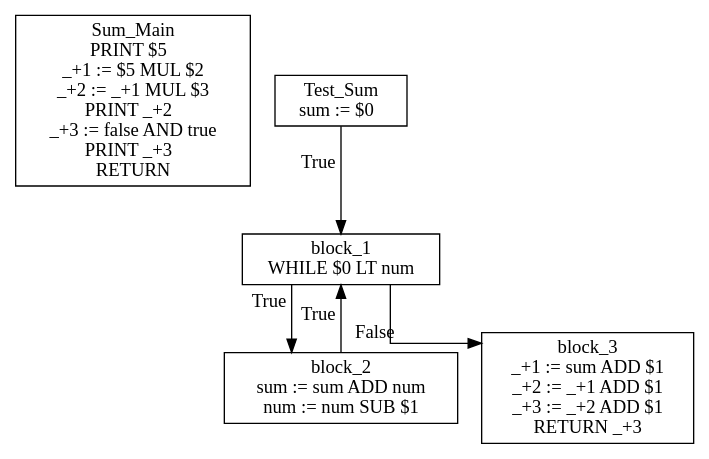
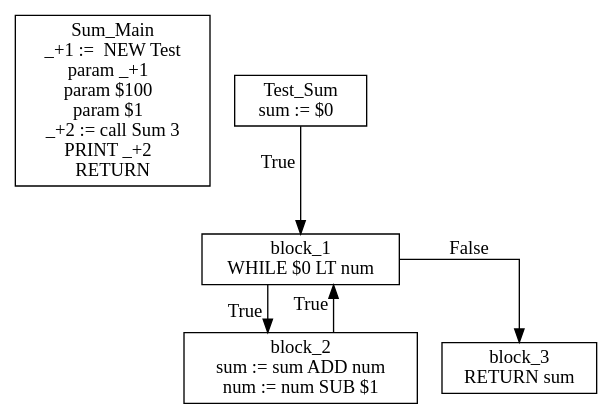
The diagram in IR.dot (AvanaPY/DV1655_Lab1), drawn with Graphviz before and after one commit. The commit also changed 5 other files, not shown here.

```diff
--- a/IR.dot
+++ b/IR.dot
@@ -1,13 +1,13 @@
 digraph {
   graph [splines=ortho]
   node [shape=box]
-  Sum_Main [label="Sum_Main\nPRINT $5  \n_+1 := $5 MUL $2\n_+2 := _+1 MUL $3\nPRINT _+2  \n_+3 := false AND true\nPRINT _+3  \nRETURN \n"];
+  Sum_Main [label="Sum_Main\n_+1 :=  NEW Test\nparam _+1  \nparam $100  \nparam $1  \n_+2 := call Sum 3\nPRINT _+2  \nRETURN \n"];
   Test_Sum [label="Test_Sum\nsum := $0  \n"];
   Test_Sum -> block_1[xlabel="True"];
   block_1 [label="block_1\nWHILE $0 LT num\n"];
   block_1 -> block_2[xlabel="True"];
   block_2 [label="block_2\nsum := sum ADD num\nnum := num SUB $1\n"];
   block_2 -> block_1[xlabel="True"];
   block_1 -> block_3[xlabel="False"];
-  block_3 [label="block_3\n_+1 := sum ADD $1\n_+2 := _+1 ADD $1\n_+3 := _+2 ADD $1\nRETURN _+3\n"];
+  block_3 [label="block_3\nRETURN sum\n"];
 }
```
